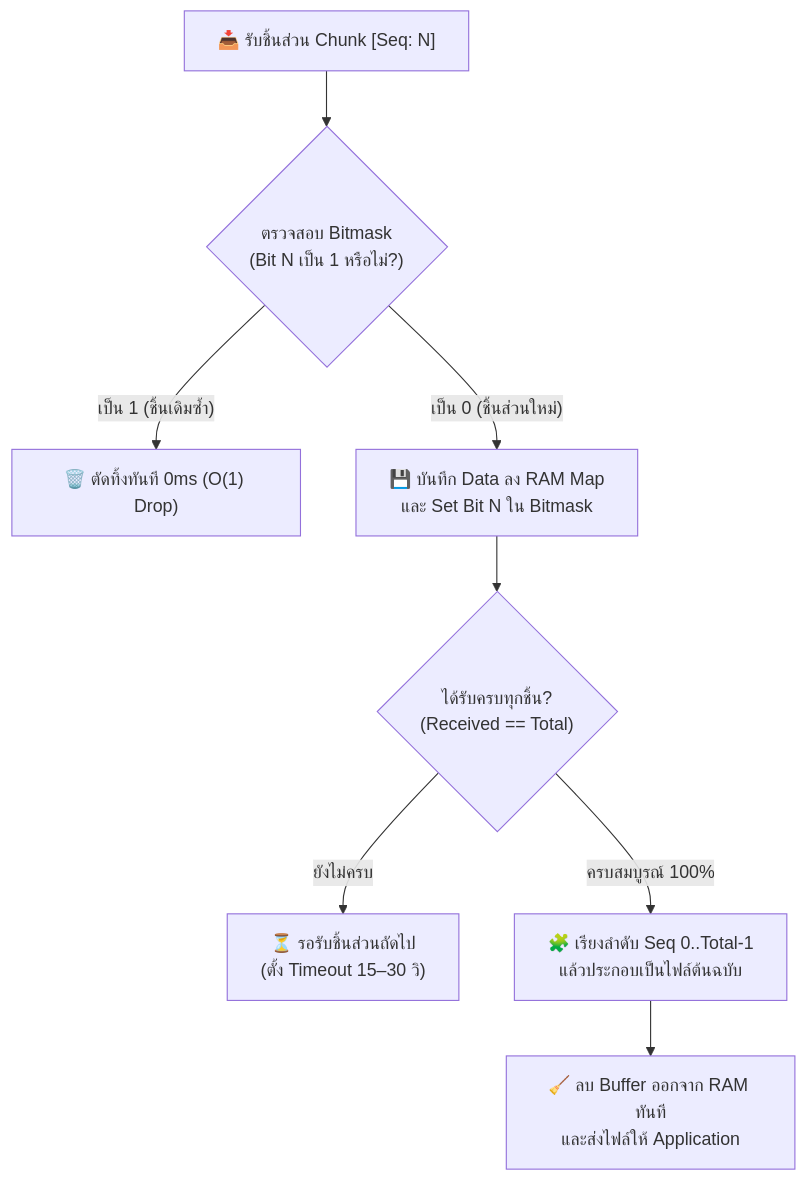
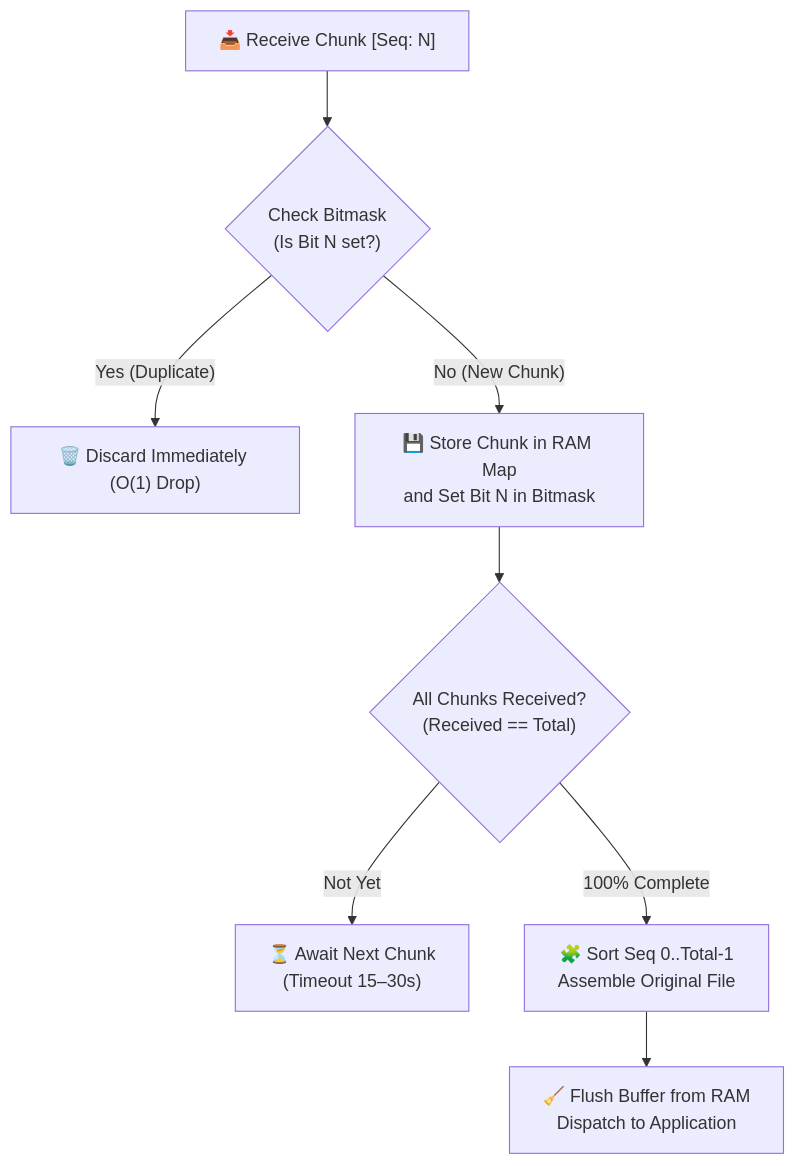
Before and after one commit to thabot/outgrid-mesh: the diagram in docs/TOG_v1.1_WIRE_SPECIFICATION.md, drawn with Mermaid. The commit also changed other lines of this file and 9 other files, not shown here.

````diff
--- a/docs/TOG_v1.1_WIRE_SPECIFICATION.md
+++ b/docs/TOG_v1.1_WIRE_SPECIFICATION.md
@@ -200,10 +199,10 @@
 ```mermaid
 flowchart TD
-    InChunk["📥 รับชิ้นส่วน Chunk [Seq: N]"] --> CheckDuplicate{"ตรวจสอบ Bitmask<br>(Bit N เป็น 1 หรือไม่?)"}
-    CheckDuplicate -- "เป็น 1 (ชิ้นเดิมซ้ำ)" --> Discard["🗑️ ตัดทิ้งทันที 0ms (O(1) Drop)"]
-    CheckDuplicate -- "เป็น 0 (ชิ้นส่วนใหม่)" --> SaveChunk["💾 บันทึก Data ลง RAM Map<br>และ Set Bit N ใน Bitmask"]
-    SaveChunk --> CheckComplete{"ได้รับครบทุกชิ้น?<br>(Received == Total)"}
-    CheckComplete -- "ยังไม่ครบ" --> WaitNext["⏳ รอรับชิ้นส่วนถัดไป<br>(ตั้ง Timeout 15–30 วิ)"]
-    CheckComplete -- "ครบสมบูรณ์ 100%" --> Assemble["🧩 เรียงลำดับ Seq 0..Total-1<br>แล้วประกอบเป็นไฟล์ต้นฉบับ"]
-    Assemble --> ReleaseRAM["🧹 ลบ Buffer ออกจาก RAM ทันที<br>และส่งไฟล์ให้ Application"]
+    InChunk["📥 Receive Chunk [Seq: N]"] --> CheckDuplicate{"Check Bitmask<br>(Is Bit N set?)"}
+    CheckDuplicate -- "Yes (Duplicate)" --> Discard["🗑️ Discard Immediately (O(1) Drop)"]
+    CheckDuplicate -- "No (New Chunk)" --> SaveChunk["💾 Store Chunk in RAM Map<br>and Set Bit N in Bitmask"]
+    SaveChunk --> CheckComplete{"All Chunks Received?<br>(Received == Total)"}
+    CheckComplete -- "Not Yet" --> WaitNext["⏳ Await Next Chunk<br>(Timeout 15–30s)"]
+    CheckComplete -- "100% Complete" --> Assemble["🧩 Sort Seq 0..Total-1<br>Assemble Original File"]
+    Assemble --> ReleaseRAM["🧹 Flush Buffer from RAM<br>Dispatch to Application"]
 ```
````
